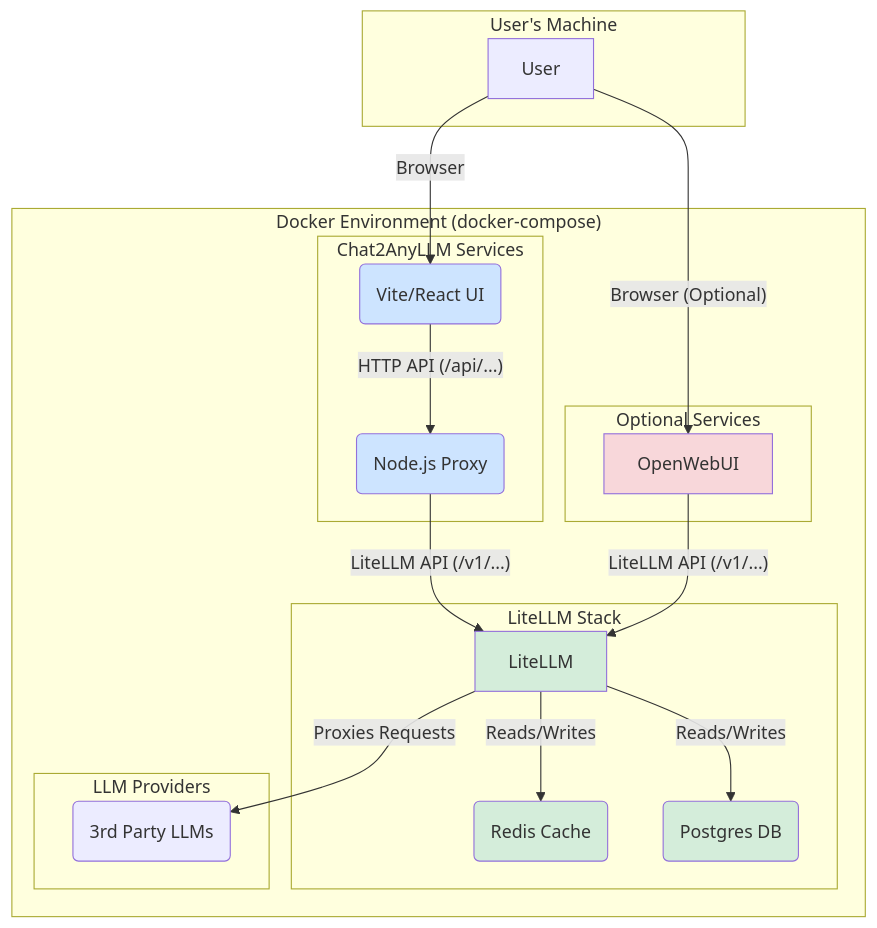
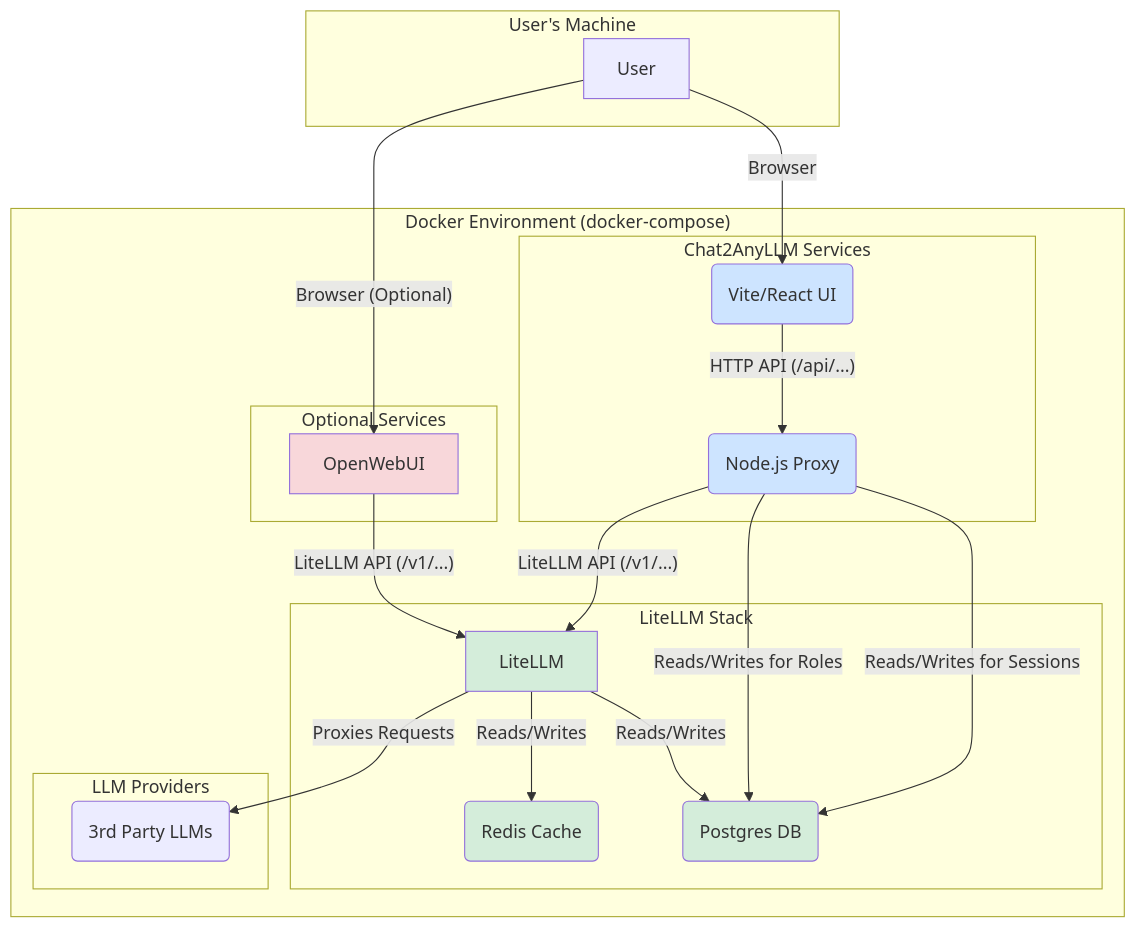
One commit to zhujian0805/chat2anyllm changed the diagram in README.md. Above: the diagram before and after it, drawn with Mermaid. The commit also changed other lines of this file and 3 other files, not shown here.

First line of the commit message:
docs: update README.md with new features: roles, plan mode, sessions, and Slack secret

````diff
--- a/README.md
+++ b/README.md
@@ -22,46 +26,48 @@
 ```mermaid
 graph TD
     subgraph "User's Machine"
         User
     end
 
     subgraph "Docker Environment (docker-compose)"
         subgraph "Chat2AnyLLM Services"
             Frontend(Vite/React UI)
             Backend(Node.js Proxy)
         end
 
         subgraph "LiteLLM Stack"
             LiteLLM
             Redis(Redis Cache)
             Postgres(Postgres DB)
         end
 
         subgraph "LLM Providers"
             Providers(3rd Party LLMs)
         end
 
         subgraph "Optional Services"
             OpenWebUI
         end
     end
 
     User -- "Browser" --> Frontend
     User -- "Browser (Optional)" --> OpenWebUI
 
     Frontend -- "HTTP API (/api/...)" --> Backend
     Backend -- "LiteLLM API (/v1/...)" --> LiteLLM
+    Backend -- "Reads/Writes for Sessions" --> Postgres
+    Backend -- "Reads/Writes for Roles" --> Postgres
 
     LiteLLM -- "Reads/Writes" --> Redis
     LiteLLM -- "Reads/Writes" --> Postgres
     LiteLLM -- "Proxies Requests" --> Providers
 
     OpenWebUI -- "LiteLLM API (/v1/...)" --> LiteLLM
 
     style Frontend fill:#cde4ff
     style Backend fill:#cde4ff
     style LiteLLM fill:#d4edda
     style Redis fill:#d4edda
     style Postgres fill:#d4edda
     style OpenWebUI fill:#f8d7da
 ```
````
